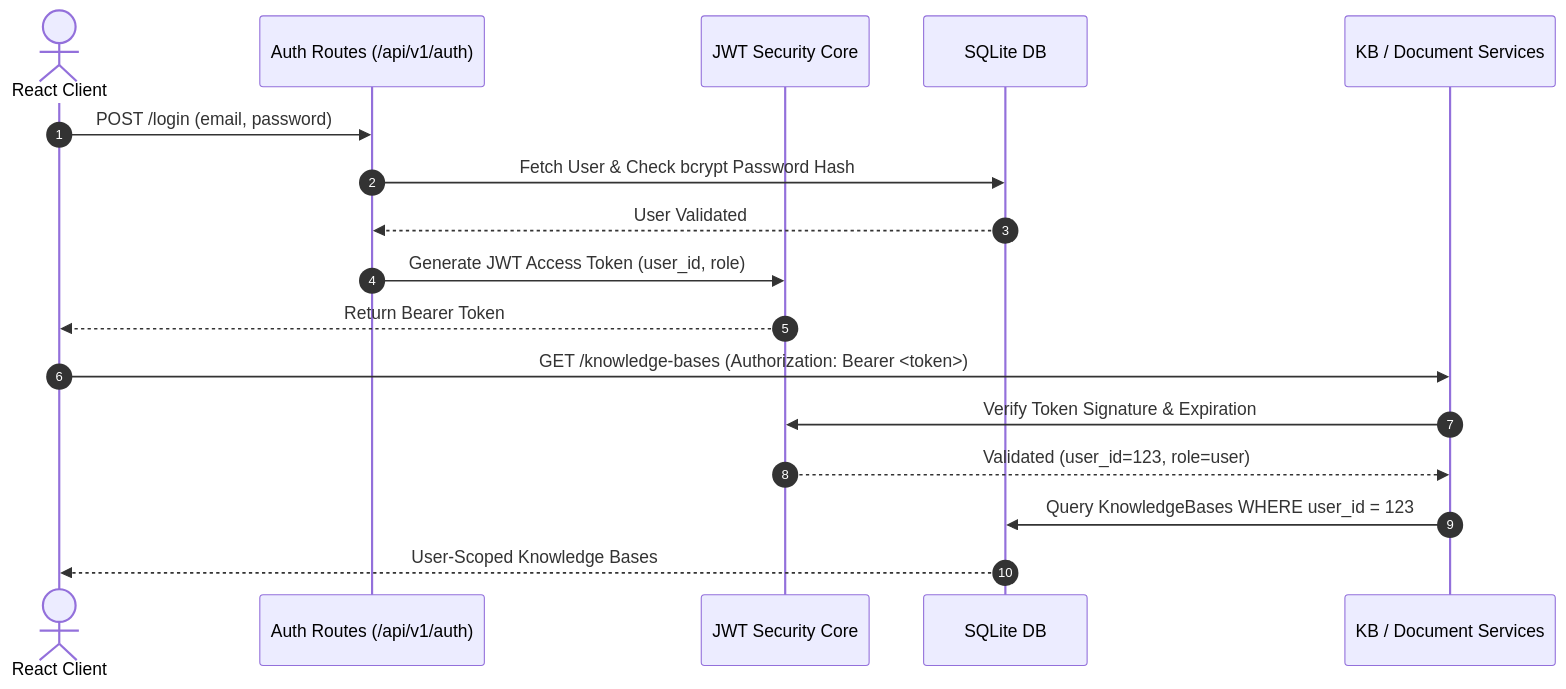
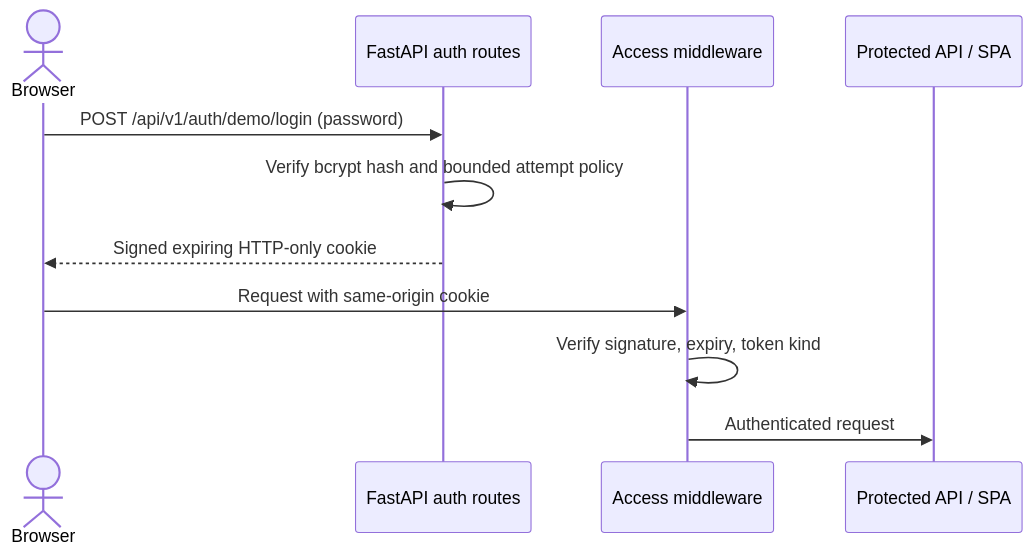
One commit to fariskishtah/enterprise-rag-platform changed the diagram in docs/architecture/authentication.md. Above: the diagram before and after it, drawn with Mermaid. The commit also changed other lines of this file and 110 other files, not shown here.

````diff
--- a/docs/architecture/authentication.md
+++ b/docs/architecture/authentication.md
@@ -9,21 +15,14 @@
 ```mermaid
 sequenceDiagram
-    autonumber
-    actor Client as React Client
-    participant AuthAPI as Auth Routes (/api/v1/auth)
-    participant JWT as JWT Security Core
-    participant DB as SQLite DB
-    participant Resource as KB / Document Services
+    actor Browser
+    participant API as FastAPI auth routes
+    participant Guard as Access middleware
+    participant App as Protected API / SPA
 
-    Client->>AuthAPI: POST /login (email, password)
-    AuthAPI->>DB: Fetch User & Check bcrypt Password Hash
-    DB-->>AuthAPI: User Validated
-    AuthAPI->>JWT: Generate JWT Access Token (user_id, role)
-    JWT-->>Client: Return Bearer Token
-
-    Client->>Resource: GET /knowledge-bases (Authorization: Bearer <token>)
-    Resource->>JWT: Verify Token Signature & Expiration
-    JWT-->>Resource: Validated (user_id=123, role=user)
-    Resource->>DB: Query KnowledgeBases WHERE user_id = 123
-    DB-->>Client: User-Scoped Knowledge Bases
+    Browser->>API: POST /api/v1/auth/demo/login (password)
+    API->>API: Verify bcrypt hash and bounded attempt policy
+    API-->>Browser: Signed expiring HTTP-only cookie
+    Browser->>Guard: Request with same-origin cookie
+    Guard->>Guard: Verify signature, expiry, token kind
+    Guard->>App: Authenticated request
 ```
````
